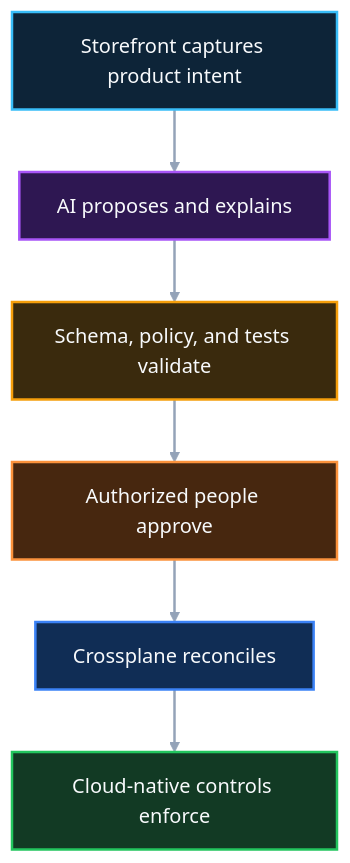
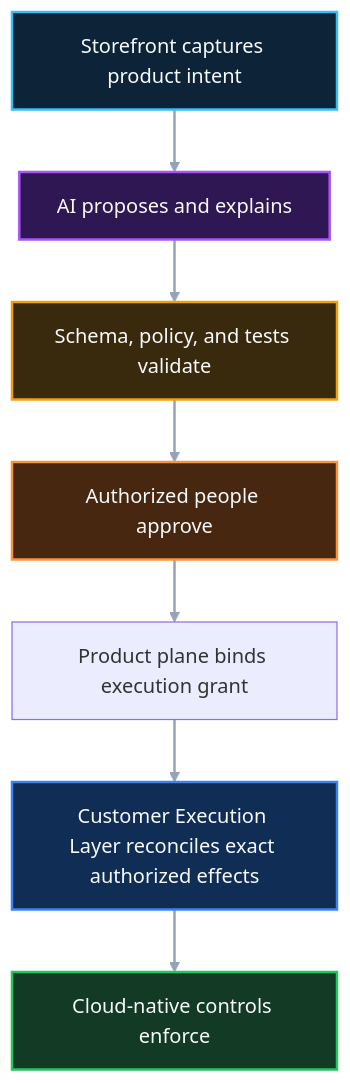
One commit to InfrastructureProductWorks/ai-powered-infrastructure-as-a-product changed the second of 7 diagrams in README.md. Above: the diagram before and after it, drawn with Mermaid. The commit also changed other lines of this file, not shown here.

Commit message:
docs: align root architecture with CEL

````diff
--- a/README.md
+++ b/README.md
@@ -251,22 +253,23 @@
 ```mermaid
 flowchart TB
   S[Storefront captures product intent] --> A[AI proposes and explains]
   A --> D[Schema, policy, and tests validate]
   D --> H[Authorized people approve]
-  H --> X[Crossplane reconciles]
+  H --> P[Product plane binds execution grant]
+  P --> X[Customer Execution Layer reconciles exact authorized effects]
   X --> C[Cloud-native controls enforce]
 
   classDef experience fill:#0D2438,stroke:#38BDF8,stroke-width:2px,color:#F8FAFC
   classDef intelligence fill:#2E1752,stroke:#A855F7,stroke-width:2px,color:#F8FAFC
   classDef governance fill:#3A2A0D,stroke:#F59E0B,stroke-width:2px,color:#F8FAFC
   classDef human fill:#47270F,stroke:#FB923C,stroke-width:2px,color:#F8FAFC
   classDef control fill:#102D55,stroke:#3B82F6,stroke-width:2px,color:#F8FAFC
   classDef enforcement fill:#123A24,stroke:#22C55E,stroke-width:2px,color:#F8FAFC
   class S experience
   class A intelligence
   class D governance
   class H human
   class X control
   class C enforcement
   linkStyle default stroke:#94A3B8,stroke-width:2px
 ```
````
